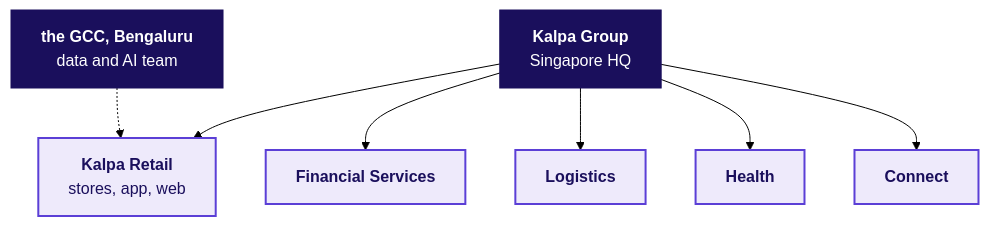
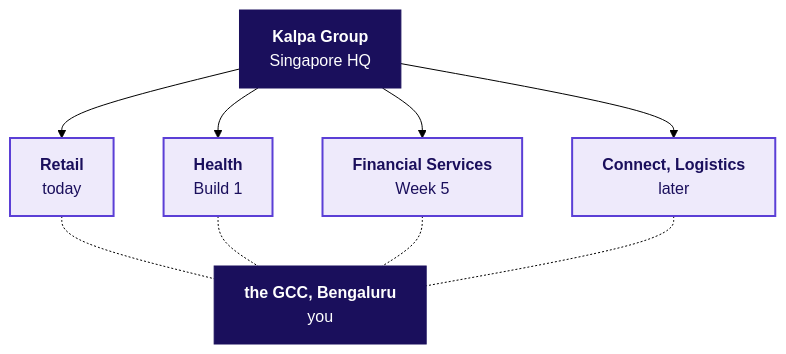
Before and after one commit to fde-academy-lab/c2-content-factory: the second of 18 diagrams in content/W01/D1/slides/C2_W01_D01_half1_STUDENT.md, drawn with Mermaid (forest theme). The commit also changed other lines of this file and 16 other files, not shown here.

````diff
--- a/content/W01/D1/slides/C2_W01_D01_half1_STUDENT.md
+++ b/content/W01/D1/slides/C2_W01_D01_half1_STUDENT.md
@@ -66,13 +62,12 @@
 ```mermaid
 flowchart TB
-    G["<b>Kalpa Group</b><br/>Singapore HQ"] --> R["<b>Kalpa Retail</b><br/>stores, app, web"]
-    G --> F["<b>Financial Services</b>"]
-    G --> L["<b>Logistics</b>"]
-    G --> H["<b>Health</b>"]
-    G --> T["<b>Connect</b>"]
-    C["<b>the GCC, Bengaluru</b><br/>data and AI team"] -.-> R
-    classDef known fill:#EEEAFB,stroke:#5B3FD6,color:#1A0F5C,stroke-width:2px
-    classDef bet fill:#1A0F5C,stroke:#1A0F5C,color:#FFFFFF
-    class R,F,L,H,T known
-    class G,C bet
+    G["<b>Kalpa Group</b><br/>Singapore HQ"] --> R["<b>Retail</b><br/>today"]
+    G --> H["<b>Health</b><br/>Build 1"]
+    G --> F["<b>Financial Services</b><br/>Week 5"]
+    G --> O["<b>Connect, Logistics</b><br/>later"]
+    R & H & F & O -.- C["<b>the GCC, Bengaluru</b><br/>you"]
+    classDef unit fill:#EEEAFB,stroke:#5B3FD6,color:#1A0F5C,stroke-width:2px
+    classDef dark fill:#1A0F5C,stroke:#1A0F5C,color:#FFFFFF
+    class R,H,F,O unit
+    class G,C dark
 ```
````
